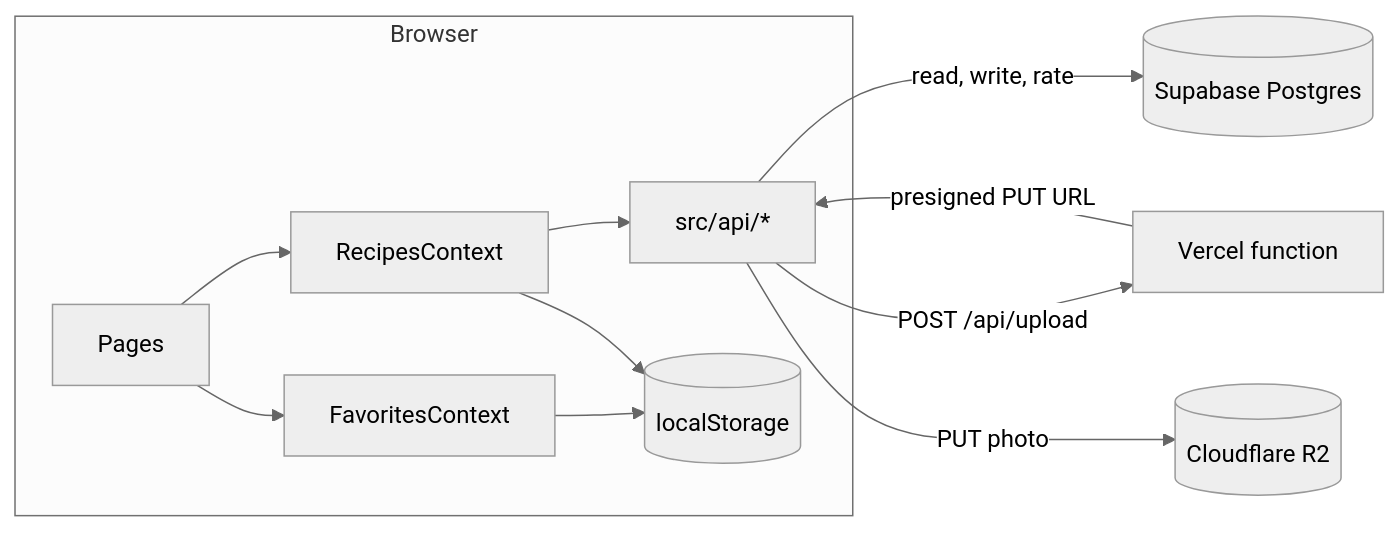
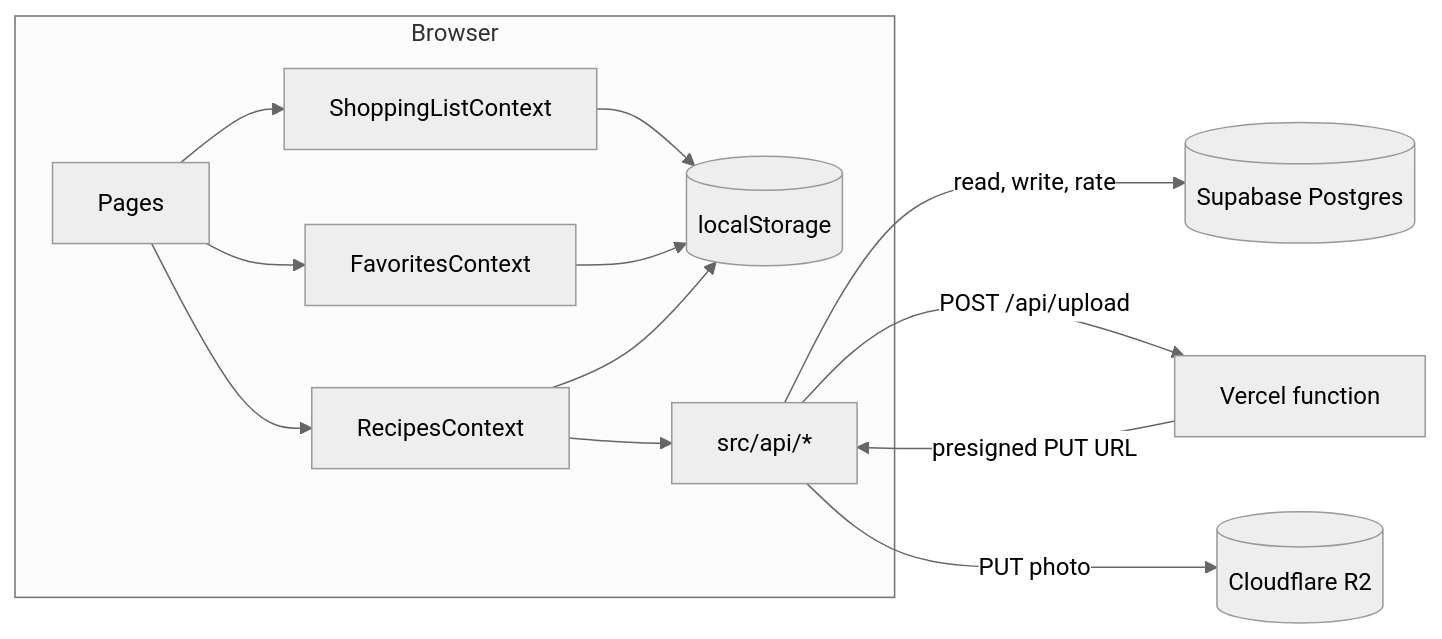
One commit to VarithPheng/Interactive-Recipe-Book changed the diagram in README.md. Above: the diagram before and after it, drawn with Mermaid (neutral theme). The commit also changed other lines of this file and 26 other files, not shown here.

Commit message:
shopping list page, URL filters, a11y and perf fixes from frontend review

````diff
--- a/README.md
+++ b/README.md
@@ -64,14 +65,16 @@
 ```mermaid
 flowchart LR
   subgraph Browser
     Pages --> RecipesContext
     Pages --> FavoritesContext
+    Pages --> ShoppingListContext
+    ShoppingListContext --> LS
     RecipesContext --> API["src/api/*"]
     FavoritesContext --> LS[(localStorage)]
     RecipesContext --> LS
   end
   API -->|read, write, rate| Supabase[(Supabase Postgres)]
   API -->|POST /api/upload| Fn[Vercel function]
   Fn -->|presigned PUT URL| API
   API -->|PUT photo| R2[(Cloudflare R2)]
 ```
````
